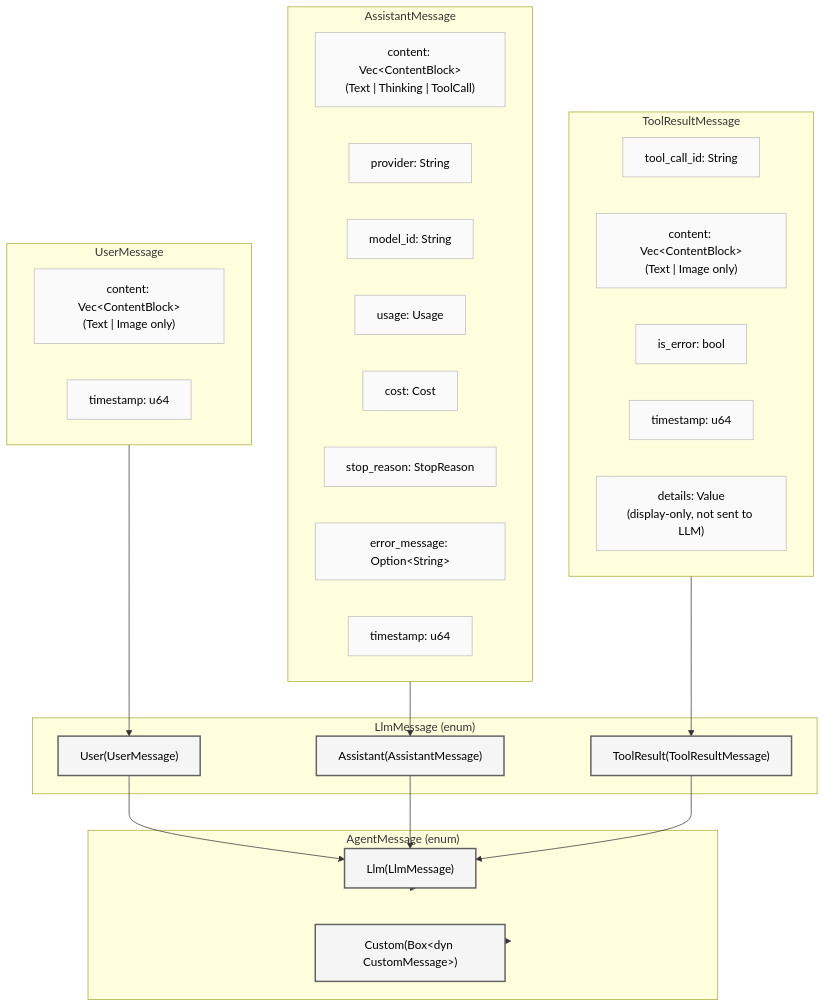
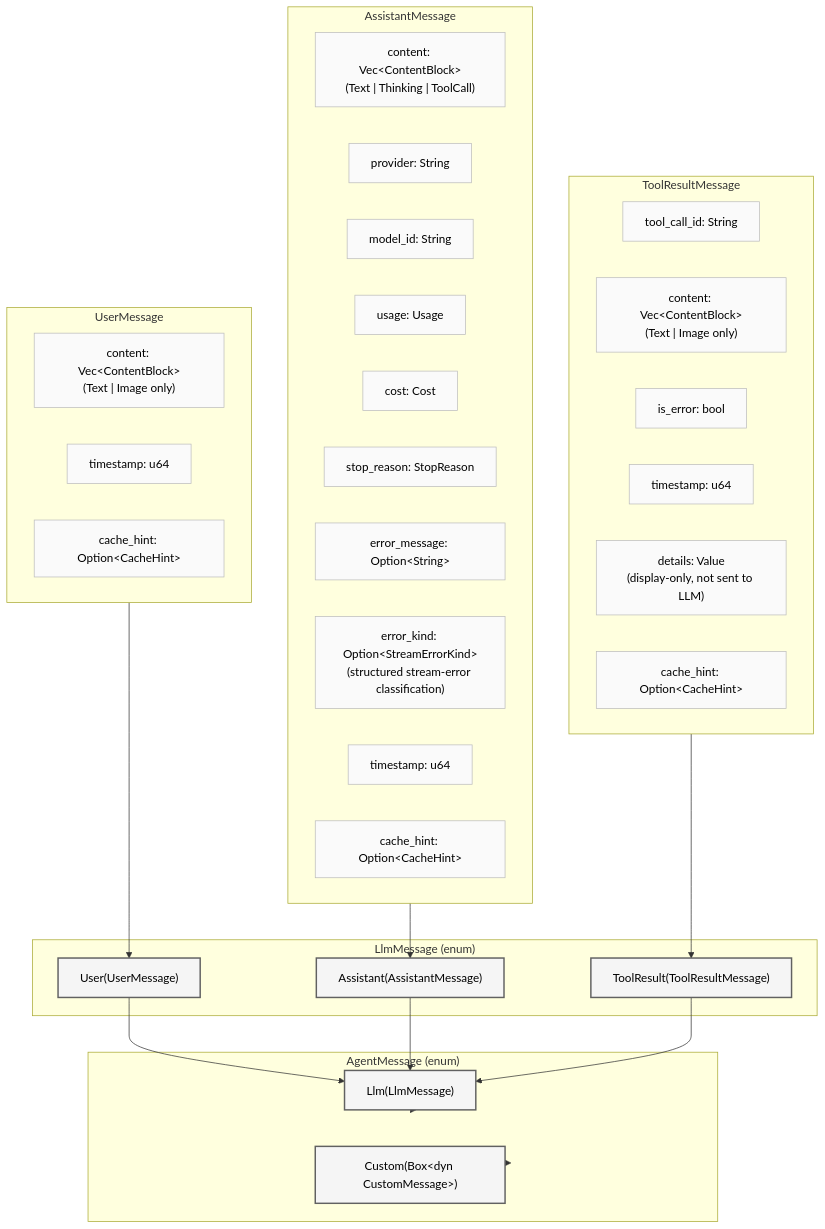
The second of 4 diagrams in docs/architecture/data-model/README.md (SuperSwinkAI/Swink-Agent), drawn with Mermaid before and after one commit. The commit also changed other lines of this file and 21 other files, not shown here.

````diff
--- a/docs/architecture/data-model/README.md
+++ b/docs/architecture/data-model/README.md
@@ -80,58 +80,62 @@
 ```mermaid
 flowchart TB
     subgraph UserMsg["UserMessage"]
         UM_content["content: Vec&lt;ContentBlock&gt;<br/>(Text | Image only)"]
         UM_ts["timestamp: u64"]
+        UM_cache["cache_hint: Option&lt;CacheHint&gt;"]
     end
 
     subgraph AssistantMsg["AssistantMessage"]
         AM_content["content: Vec&lt;ContentBlock&gt;<br/>(Text | Thinking | ToolCall)"]
         AM_provider["provider: String"]
         AM_model["model_id: String"]
         AM_usage["usage: Usage"]
         AM_cost["cost: Cost"]
         AM_stop["stop_reason: StopReason"]
         AM_err["error_message: Option&lt;String&gt;"]
+        AM_errkind["error_kind: Option&lt;StreamErrorKind&gt;<br/>(structured stream-error classification)"]
         AM_ts["timestamp: u64"]
+        AM_cache["cache_hint: Option&lt;CacheHint&gt;"]
     end
 
     subgraph ToolResultMsg["ToolResultMessage"]
         TR_id["tool_call_id: String"]
         TR_content["content: Vec&lt;ContentBlock&gt;<br/>(Text | Image only)"]
         TR_err["is_error: bool"]
         TR_ts["timestamp: u64"]
         TR_details["details: Value<br/>(display-only, not sent to LLM)"]
+        TR_cache["cache_hint: Option&lt;CacheHint&gt;"]
     end
 
     subgraph LlmMsg["LlmMessage (enum)"]
         LLM_user["User(UserMessage)"]
         LLM_asst["Assistant(AssistantMessage)"]
         LLM_tool["ToolResult(ToolResultMessage)"]
     end
 
     subgraph AgentMsg["AgentMessage (enum)"]
         AM_llm["Llm(LlmMessage)"]
         AM_custom["Custom(Box&lt;dyn CustomMessage&gt;)"]
     end
 
     UserMsg --> LLM_user
     AssistantMsg --> LLM_asst
     ToolResultMsg --> LLM_tool
     LLM_user --> AM_llm
     LLM_asst --> AM_llm
     LLM_tool --> AM_llm
     AM_llm --> AgentMsg
     AM_custom --> AgentMsg
 
     classDef userStyle fill:#e3f2fd,stroke:#1976d2,stroke-width:2px,color:#000
     classDef assistStyle fill:#1976d2,stroke:#0d47a1,stroke-width:2px,color:#fff
     classDef toolStyle fill:#ff9800,stroke:#e65100,stroke-width:2px,color:#000
     classDef enumStyle fill:#f5f5f5,stroke:#616161,stroke-width:2px,color:#000
     classDef fieldStyle fill:#fafafa,stroke:#bdbdbd,stroke-width:1px,color:#000
 
-    class UM_content,UM_ts fieldStyle
-    class AM_content,AM_provider,AM_model,AM_usage,AM_cost,AM_stop,AM_err,AM_ts fieldStyle
-    class TR_id,TR_content,TR_err,TR_ts,TR_details fieldStyle
+    class UM_content,UM_ts,UM_cache fieldStyle
+    class AM_content,AM_provider,AM_model,AM_usage,AM_cost,AM_stop,AM_err,AM_errkind,AM_ts,AM_cache fieldStyle
+    class TR_id,TR_content,TR_err,TR_ts,TR_details,TR_cache fieldStyle
     class LLM_user,LLM_asst,LLM_tool enumStyle
     class AM_llm,AM_custom enumStyle
 ```
````
